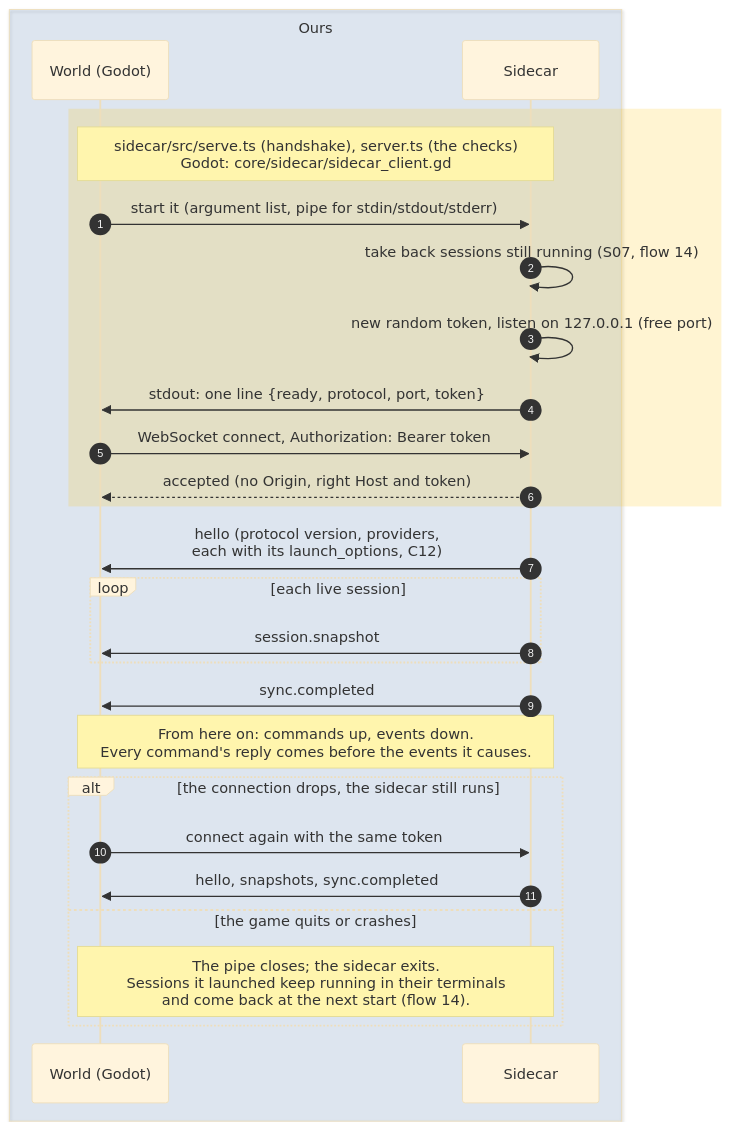
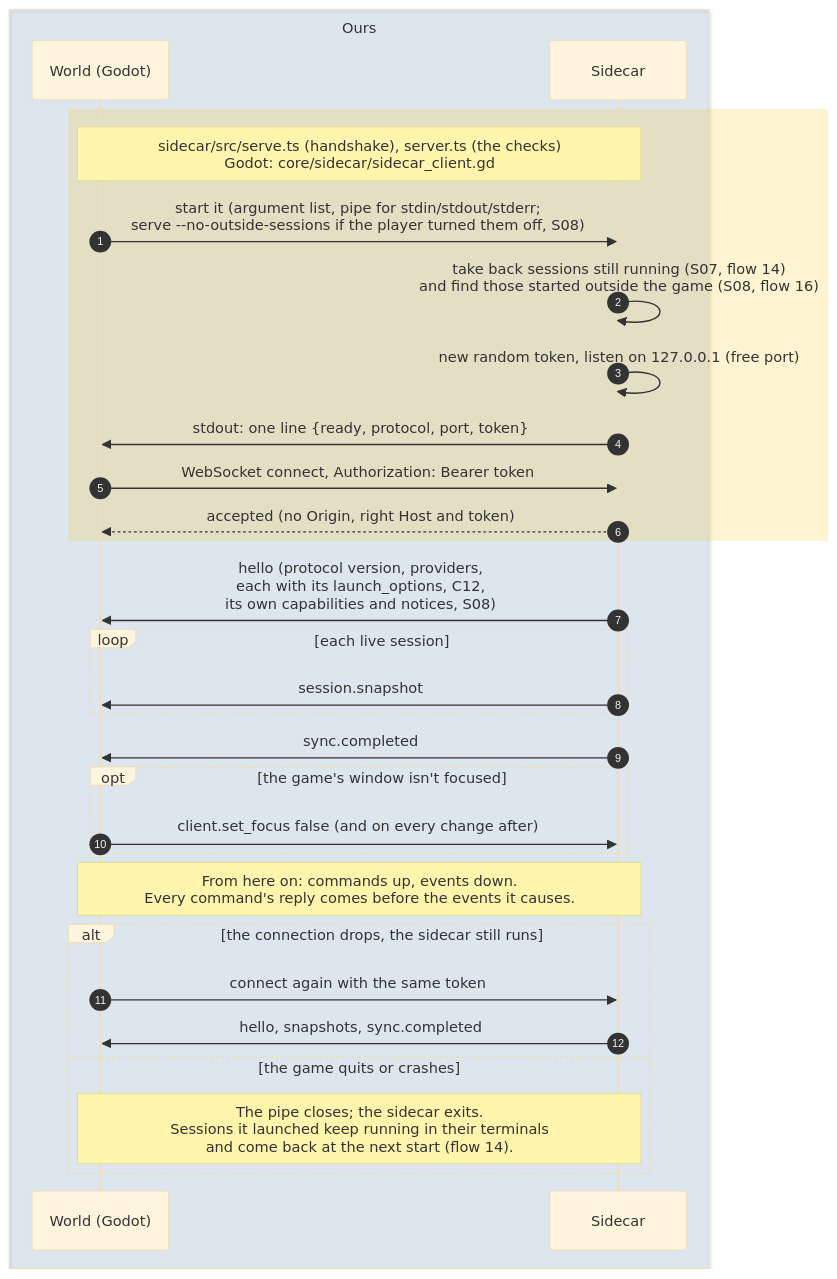
Before and after one commit to PaoloPortugal/The-Beach: the diagram in docs/diagrams/sequence/00-starting-up.md, drawn with Mermaid (base theme). The commit also changed other lines of this file and 8 other files, not shown here.

Commit message:
Docs: S08 built (NOTES S08, S07's shared poll, C10 toggle, Protocol provider capabilities and notices; index row; guide S08 and C10; flows 0, 15, 16; dev log; Current focus; live steps)

````diff
--- a/docs/diagrams/sequence/00-starting-up.md
+++ b/docs/diagrams/sequence/00-starting-up.md
@@ -7,31 +7,34 @@
 ```mermaid
 sequenceDiagram
     autonumber
 
     box rgba(47,111,191,0.12) Ours
         participant World as World (Godot)
         participant Sidecar
     end
 
     rect rgba(255,193,7,0.18)
         Note over World,Sidecar: sidecar/src/serve.ts (handshake), server.ts (the checks)<br/>Godot: core/sidecar/sidecar_client.gd
-        World->>Sidecar: start it (argument list, pipe for stdin/stdout/stderr)
-        Sidecar->>Sidecar: take back sessions still running (S07, flow 14)
+        World->>Sidecar: start it (argument list, pipe for stdin/stdout/stderr#59;<br/>serve --no-outside-sessions if the player turned them off, S08)
+        Sidecar->>Sidecar: take back sessions still running (S07, flow 14)<br/>and find those started outside the game (S08, flow 16)
         Sidecar->>Sidecar: new random token, listen on 127.0.0.1 (free port)
         Sidecar->>World: stdout: one line {ready, protocol, port, token}
         World->>Sidecar: WebSocket connect, Authorization: Bearer token
         Sidecar-->>World: accepted (no Origin, right Host and token)
     end
-    Sidecar->>World: hello (protocol version, providers,<br/>each with its launch_options, C12)
+    Sidecar->>World: hello (protocol version, providers,<br/>each with its launch_options, C12,<br/>its own capabilities and notices, S08)
     loop each live session
         Sidecar->>World: session.snapshot
     end
     Sidecar->>World: sync.completed
+    opt the game's window isn't focused
+        World->>Sidecar: client.set_focus false (and on every change after)
+    end
     Note over World,Sidecar: From here on: commands up, events down.<br/>Every command's reply comes before the events it causes.
     alt the connection drops, the sidecar still runs
         World->>Sidecar: connect again with the same token
         Sidecar->>World: hello, snapshots, sync.completed
     else the game quits or crashes
         Note over World,Sidecar: The pipe closes#59; the sidecar exits.<br/>Sessions it launched keep running in their terminals<br/>and come back at the next start (flow 14).
     end
 ```
````
